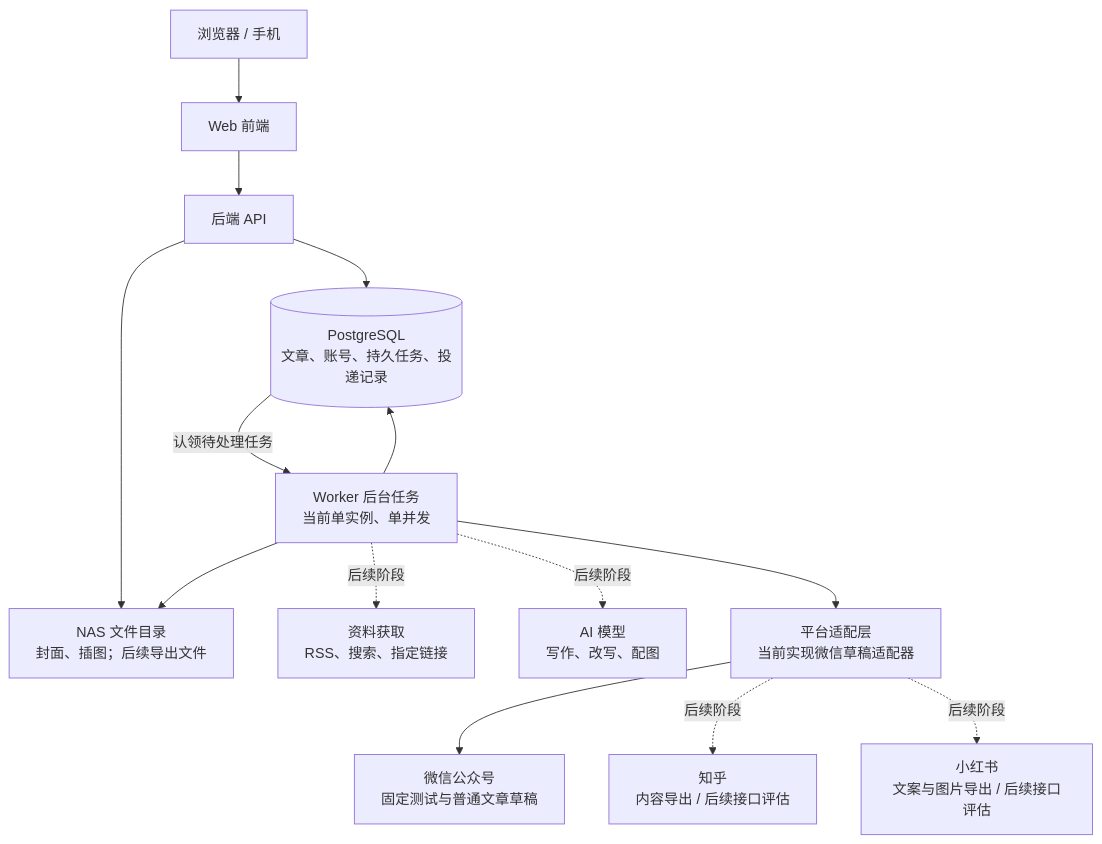
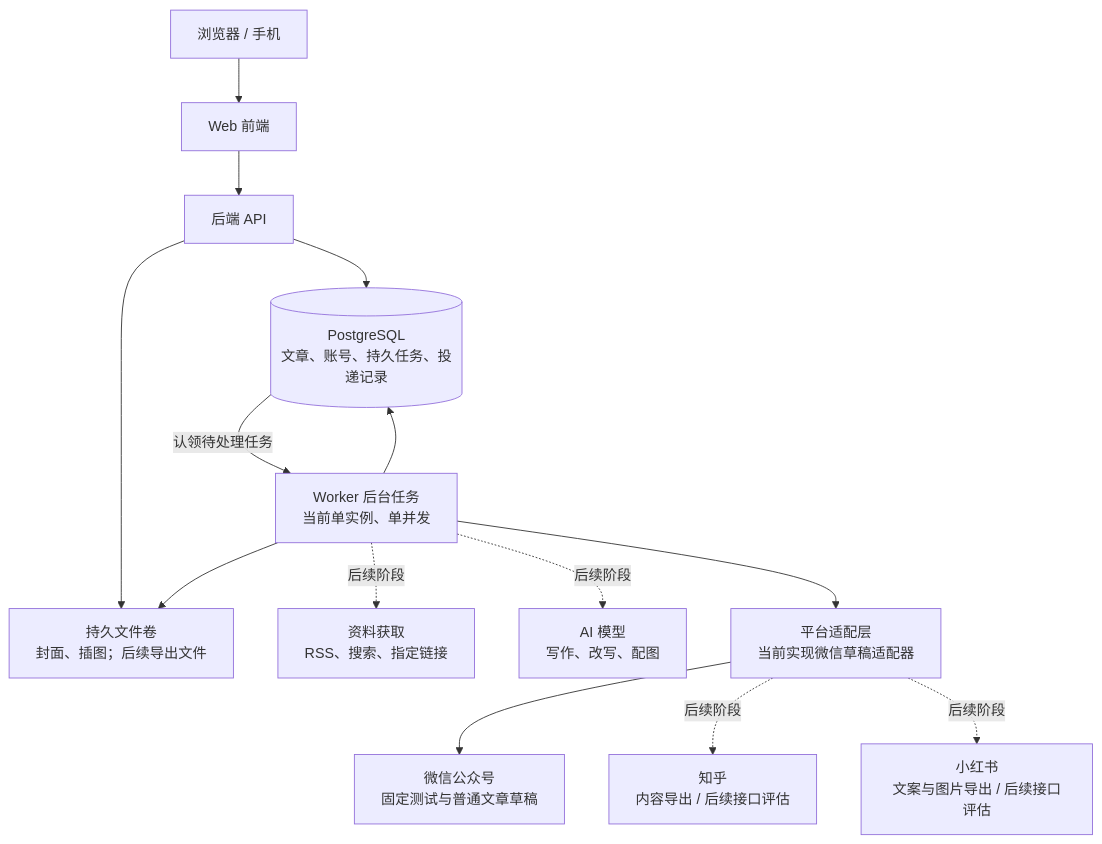
Before and after one commit to brucewar/tattoo: the diagram in docs/ARCHITECTURE.md, drawn with Mermaid. The commit also changed other lines of this file and 17 other files, not shown here.

````diff
--- a/docs/ARCHITECTURE.md
+++ b/docs/ARCHITECTURE.md
@@ -9,16 +9,16 @@
 ```mermaid
 flowchart TB
     U["浏览器 / 手机"] --> W["Web 前端"]
     W --> API["后端 API"]
     API --> DB[("PostgreSQL<br/>文章、账号、持久任务、投递记录")]
     DB -->|认领待处理任务| WK["Worker 后台任务<br/>当前单实例、单并发"]
     WK --> DB
-    API --> F["NAS 文件目录<br/>封面、插图；后续导出文件"]
+    API --> F["持久文件卷<br/>封面、插图；后续导出文件"]
     WK --> F
     WK -. 后续阶段 .-> S["资料获取<br/>RSS、搜索、指定链接"]
     WK -. 后续阶段 .-> AI["AI 模型<br/>写作、改写、配图"]
     WK --> P["平台适配层<br/>当前实现微信草稿适配器"]
     P --> WX["微信公众号<br/>固定测试与普通文章草稿"]
     P -. 后续阶段 .-> ZH["知乎<br/>内容导出 / 后续接口评估"]
     P -. 后续阶段 .-> XHS["小红书<br/>文案与图片导出 / 后续接口评估"]
 ```
````
